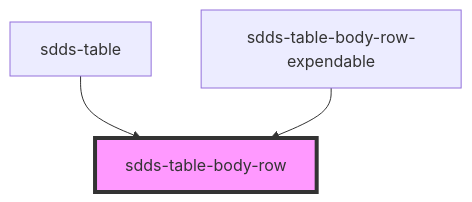
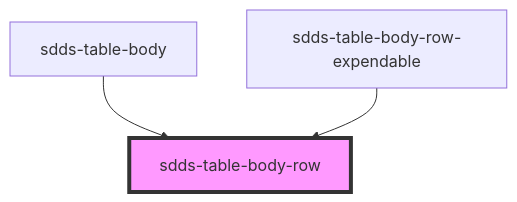
The diagram in components/src/components/table/table-body-row/readme.md (scania-digital-design-system/sdds), drawn with Mermaid before and after one commit. The commit also changed other lines of this file and 11 other files, not shown here.

Commit message:
fix: display selected rows on table-body component

````diff
--- a/components/src/components/table/table-body-row/readme.md
+++ b/components/src/components/table/table-body-row/readme.md
@@ -23,6 +23,6 @@
 ```mermaid
 graph TD;
-  sdds-table --> sdds-table-body-row
+  sdds-table-body --> sdds-table-body-row
   sdds-table-body-row-expendable --> sdds-table-body-row
   style sdds-table-body-row fill:#f9f,stroke:#333,stroke-width:4px
 ```
````
